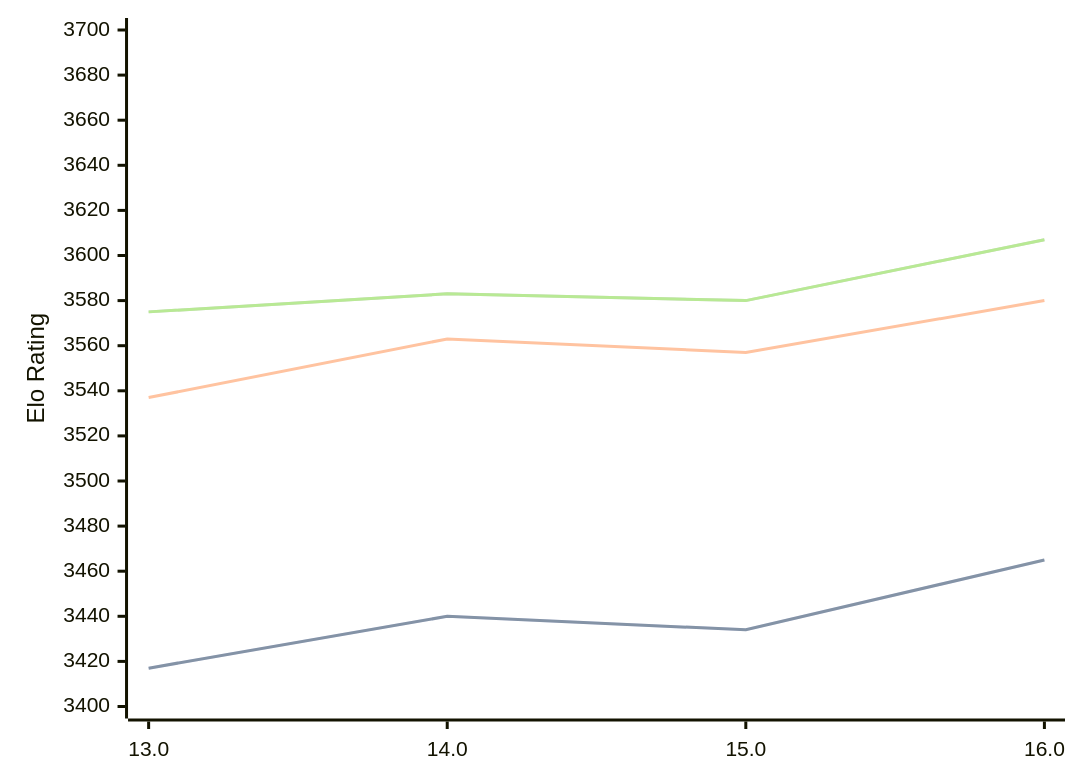
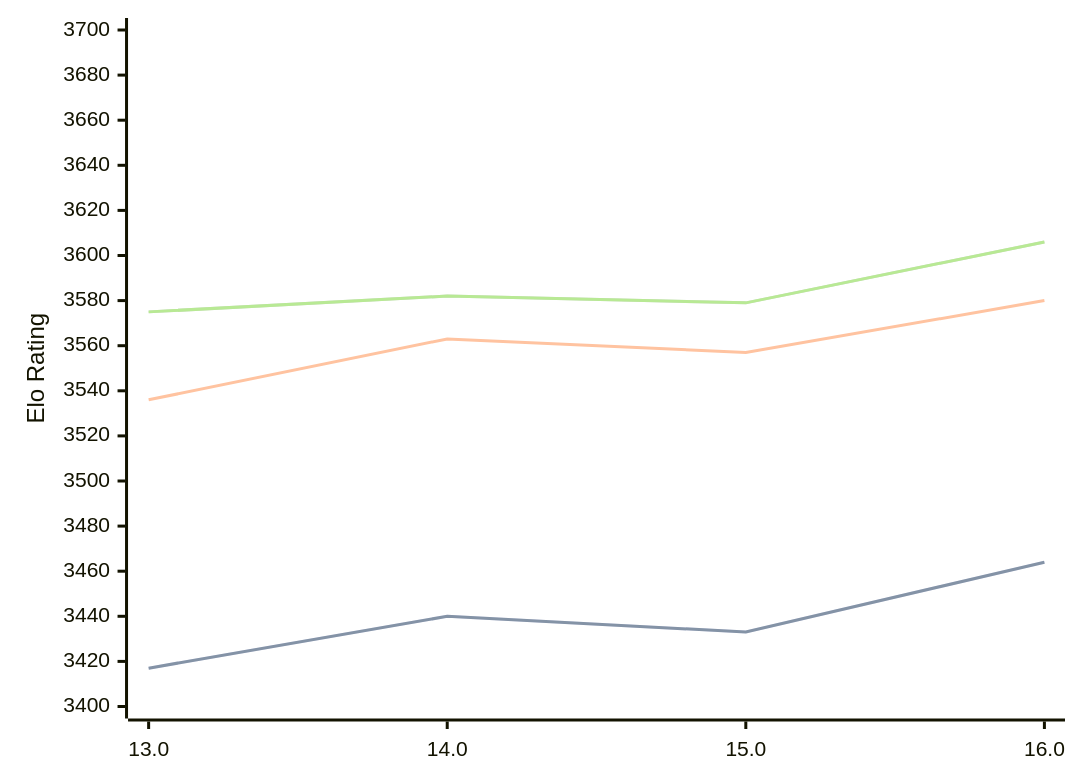
One commit to computer-chess-index/cci changed the diagram in engines/Obsidian.md. Above: the diagram before and after it, drawn with Mermaid. The commit also changed other lines of this file, not shown here.

Commit message:
Update CCI Ratings (ELO VLTC) - 2026-03-22

````diff
--- a/engines/Obsidian.md
+++ b/engines/Obsidian.md
@@ -43,11 +43,11 @@
 ```mermaid
 %%{init: {"theme":"base","themeVariables":{"seriesColors:['#a3a3a3','#222221','#faa371']}}}%%
 xychart-beta
   x-axis ["13.0", "14.0", "15.0", "16.0"]
   y-axis "Elo Rating" 3400 --> 3700
-  line "STC (8.0+0.08s)" [3417, 3440, 3434, 3465]
-  line "STC (8.0+0.08s)" [3417, 3440, 3434, 3465]
-  line "LTC (60.0+0.60s)" [3537, 3563, 3557, 3580]
-  line "VLTC (2m24s+1.12s)" [3575, 3583, 3580, 3607]
-  line "VLTC (2m24s+1.12s)" [3575, 3583, 3580, 3607]
+  line "STC (8.0+0.08s)" [3417, 3440, 3433, 3464]
+  line "STC (8.0+0.08s)" [3417, 3440, 3433, 3464]
+  line "LTC (60.0+0.60s)" [3536, 3563, 3557, 3580]
+  line "VLTC (2m24s+1.12s)" [3575, 3582, 3579, 3606]
+  line "VLTC (2m24s+1.12s)" [3575, 3582, 3579, 3606]
 ```
````
